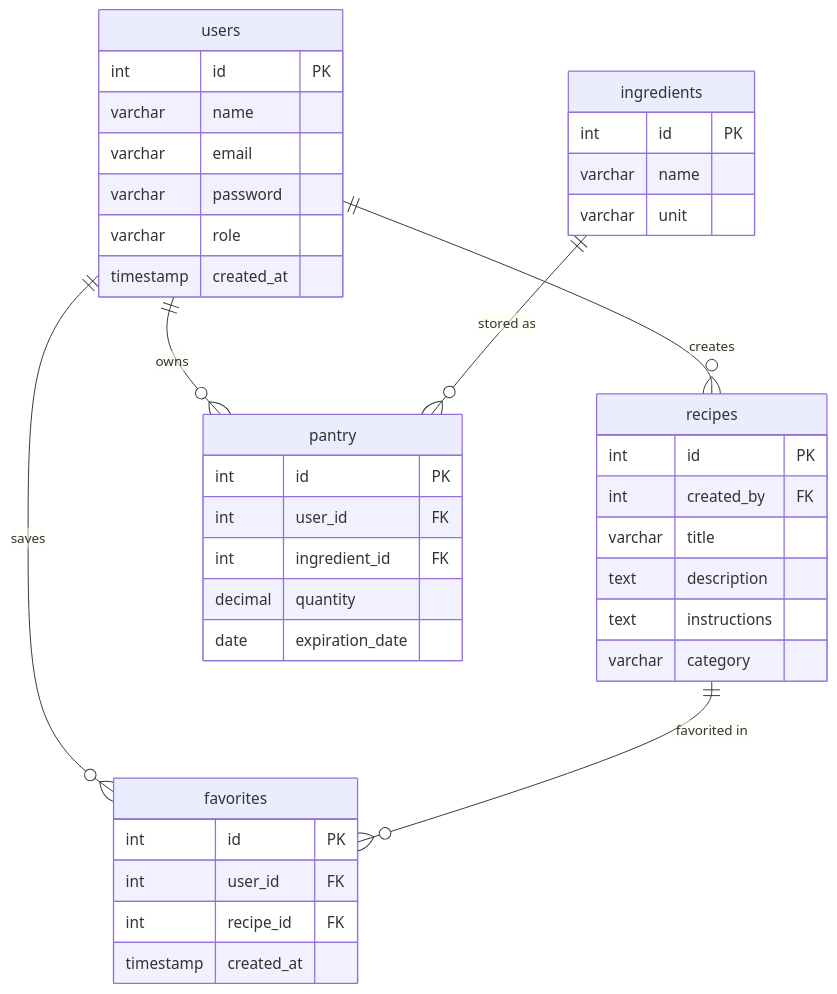
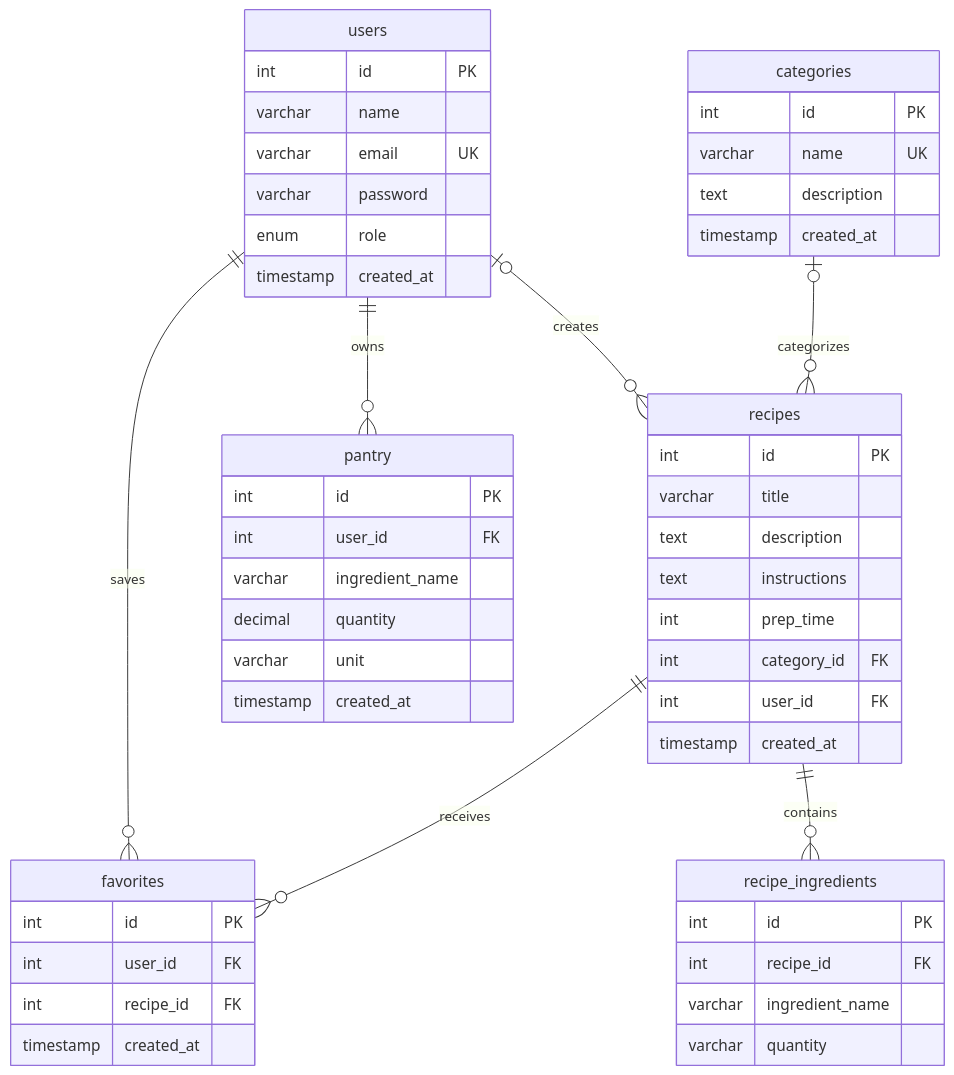
Before and after one commit to merjemjusufbasic-spec/HomeFeast: the diagram in homefeast/docs/ERD.md, drawn with Mermaid. The commit also changed other lines of this file and 12 other files, not shown here.

````diff
--- a/homefeast/docs/ERD.md
+++ b/homefeast/docs/ERD.md
@@ -1,43 +1,54 @@
 ```mermaid
 erDiagram
-    users ||--o{ recipes : "creates"
-    users ||--o{ pantry : "owns"
-    users ||--o{ favorites : "saves"
-    recipes ||--o{ favorites : "favorited in"
-    ingredients ||--o{ pantry : "stored as"
+    users o|--o{ recipes : creates
+    categories o|--o{ recipes : categorizes
+    users ||--o{ pantry : owns
+    users ||--o{ favorites : saves
+    recipes ||--o{ favorites : receives
+    recipes ||--o{ recipe_ingredients : contains
 
     users {
         int id PK
         varchar name
-        varchar email
+        varchar email UK
         varchar password
-        varchar role
+        enum role
+        timestamp created_at
+    }
+    categories {
+        int id PK
+        varchar name UK
+        text description
         timestamp created_at
     }
     recipes {
         int id PK
-        int created_by FK
         varchar title
         text description
         text instructions
-        varchar category
+        int prep_time
+        int category_id FK
+        int user_id FK
+        timestamp created_at
     }
-    ingredients {
+    recipe_ingredients {
         int id PK
-        varchar name
-        varchar unit
+        int recipe_id FK
+        varchar ingredient_name
+        varchar quantity
     }
     pantry {
         int id PK
         int user_id FK
-        int ingredient_id FK
+        varchar ingredient_name
         decimal quantity
-        date expiration_date
+        varchar unit
+        timestamp created_at
     }
     favorites {
         int id PK
         int user_id FK
         int recipe_id FK
         timestamp created_at
     }
 ```
````
